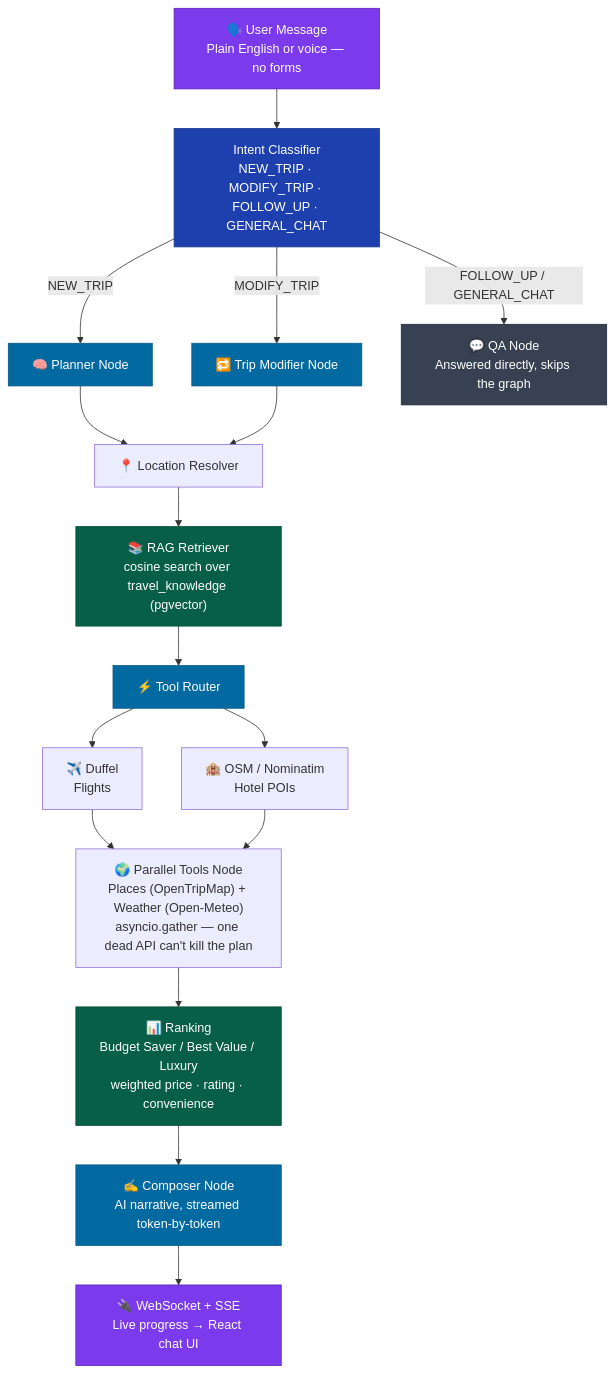
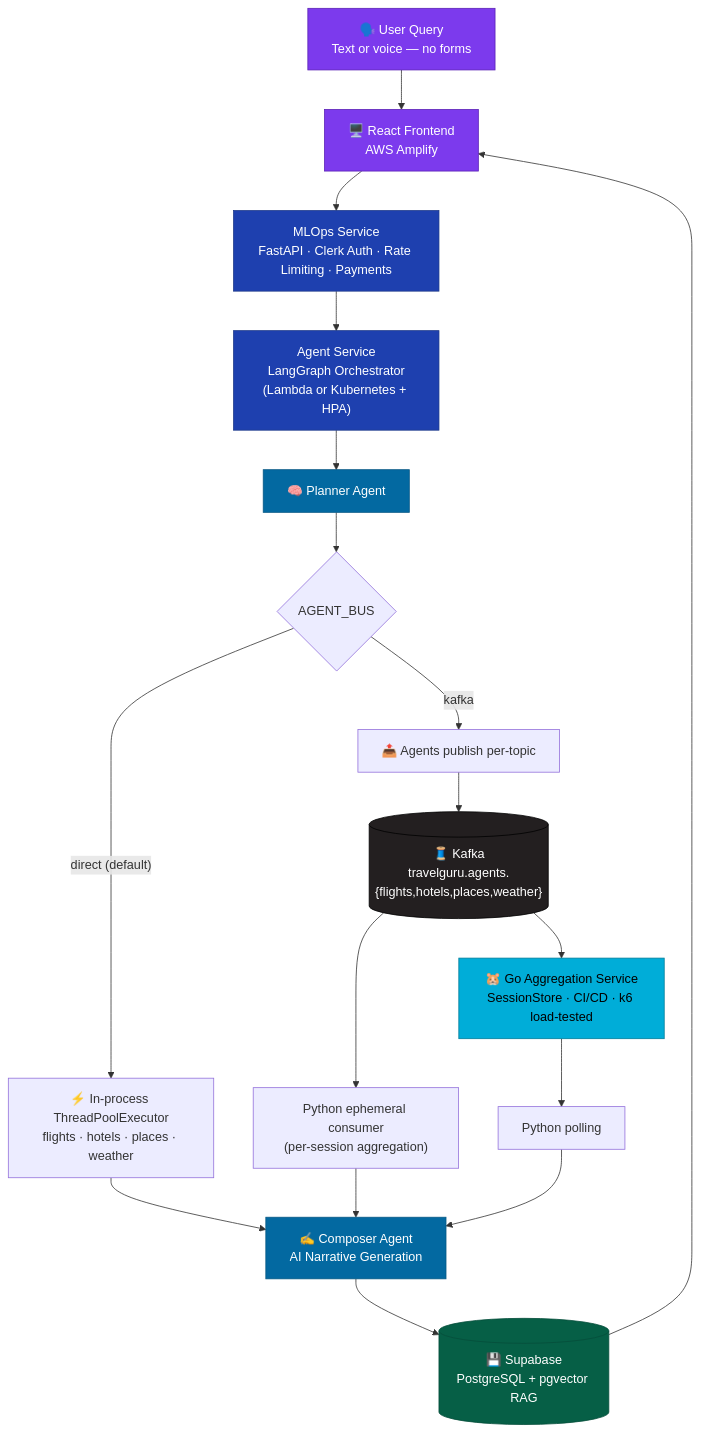
The diagram in README.md (uditnegi16/TravelMasterV2), drawn with Mermaid before and after one commit. The commit also changed other lines of this file and 1 other file, not shown here.

Commit message:
Rewrite README to reflect current architecture; add Phase 10 engineering log

````diff
--- a/README.md
+++ b/README.md
@@ -120,28 +134,33 @@
 ```mermaid
 flowchart TD
-    A["🗣️ User Message\nPlain English or voice — no forms"] --> B["Intent Classifier\nNEW_TRIP · MODIFY_TRIP · FOLLOW_UP · GENERAL_CHAT"]
-    B -->|NEW_TRIP| C["🧠 Planner Node"]
-    B -->|MODIFY_TRIP| C2["🔁 Trip Modifier Node"]
-    B -->|FOLLOW_UP / GENERAL_CHAT| Q["💬 QA Node\nAnswered directly, skips the graph"]
-    C --> D["📍 Location Resolver"]
-    C2 --> D
-    D --> E["📚 RAG Retriever\ncosine search over travel_knowledge (pgvector)"]
-    E --> F["⚡ Tool Router"]
-    F --> G["✈️ Duffel\nFlights"]
-    F --> H["🏨 OSM / Nominatim\nHotel POIs"]
-    G & H --> I["🌍 Parallel Tools Node\nPlaces (OpenTripMap) + Weather (Open-Meteo)\nasyncio.gather — one dead API can't kill the plan"]
-    I --> J["📊 Ranking\nBudget Saver / Best Value / Luxury\nweighted price · rating · convenience"]
-    J --> K["✍️ Composer Node\nAI narrative, streamed token-by-token"]
-    K --> L["🔌 WebSocket + SSE\nLive progress → React chat UI"]
+    U["🗣️ User Query\nText or voice — no forms"] --> FE["🖥️ React Frontend\nAWS Amplify"]
+    FE --> MLOPS["MLOps Service\nFastAPI · Clerk Auth · Rate Limiting · Payments"]
+    MLOPS --> AGENT["Agent Service\nLangGraph Orchestrator\n(Lambda or Kubernetes + HPA)"]
 
-    style A fill:#7c3aed,color:#fff,stroke:#5b21b6
-    style B fill:#1e40af,color:#fff,stroke:#1e3a8a
-    style C fill:#0369a1,color:#fff,stroke:#075985
-    style C2 fill:#0369a1,color:#fff,stroke:#075985
-    style Q fill:#374151,color:#fff,stroke:#1f2937
-    style E fill:#065f46,color:#fff,stroke:#064e3b
-    style F fill:#0369a1,color:#fff,stroke:#075985
-    style J fill:#065f46,color:#fff,stroke:#064e3b
-    style K fill:#0369a1,color:#fff,stroke:#075985
-    style L fill:#7c3aed,color:#fff,stroke:#5b21b6
+    AGENT --> PLANNER["🧠 Planner Agent"]
+    PLANNER --> ROUTER{"AGENT_BUS"}
+
+    ROUTER -->|"direct (default)"| DIRECT["⚡ In-process ThreadPoolExecutor\nflights · hotels · places · weather"]
+    ROUTER -->|"kafka"| PRODUCE["📤 Agents publish per-topic"]
+
+    PRODUCE --> KAFKA[("🧵 Kafka\ntravelguru.agents.{flights,hotels,places,weather}")]
+    KAFKA --> PYCONSUMER["Python ephemeral consumer\n(per-session aggregation)"]
+    KAFKA --> GOAGG["🐹 Go Aggregation Service\nSessionStore · CI/CD · k6 load-tested"]
+
+    DIRECT --> COMPOSER["✍️ Composer Agent\nAI Narrative Generation"]
+    PYCONSUMER --> COMPOSER
+    GOAGG --> POLL["Python polling"] --> COMPOSER
+
+    COMPOSER --> DB[("💾 Supabase\nPostgreSQL + pgvector RAG")]
+    DB --> FE
+
+    style U fill:#7c3aed,color:#fff,stroke:#5b21b6
+    style FE fill:#7c3aed,color:#fff,stroke:#5b21b6
+    style MLOPS fill:#1e40af,color:#fff,stroke:#1e3a8a
+    style AGENT fill:#1e40af,color:#fff,stroke:#1e3a8a
+    style PLANNER fill:#0369a1,color:#fff,stroke:#075985
+    style KAFKA fill:#231f20,color:#fff,stroke:#000
+    style GOAGG fill:#00ADD8,color:#000,stroke:#007d99
+    style COMPOSER fill:#0369a1,color:#fff,stroke:#075985
+    style DB fill:#065f46,color:#fff,stroke:#064e3b
 ```
````
